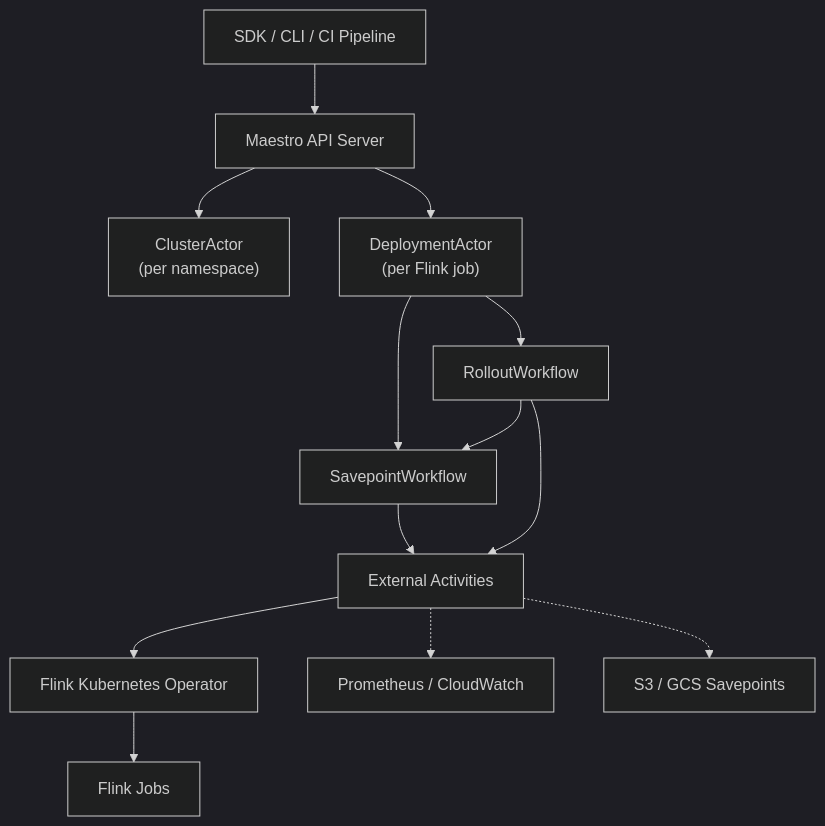
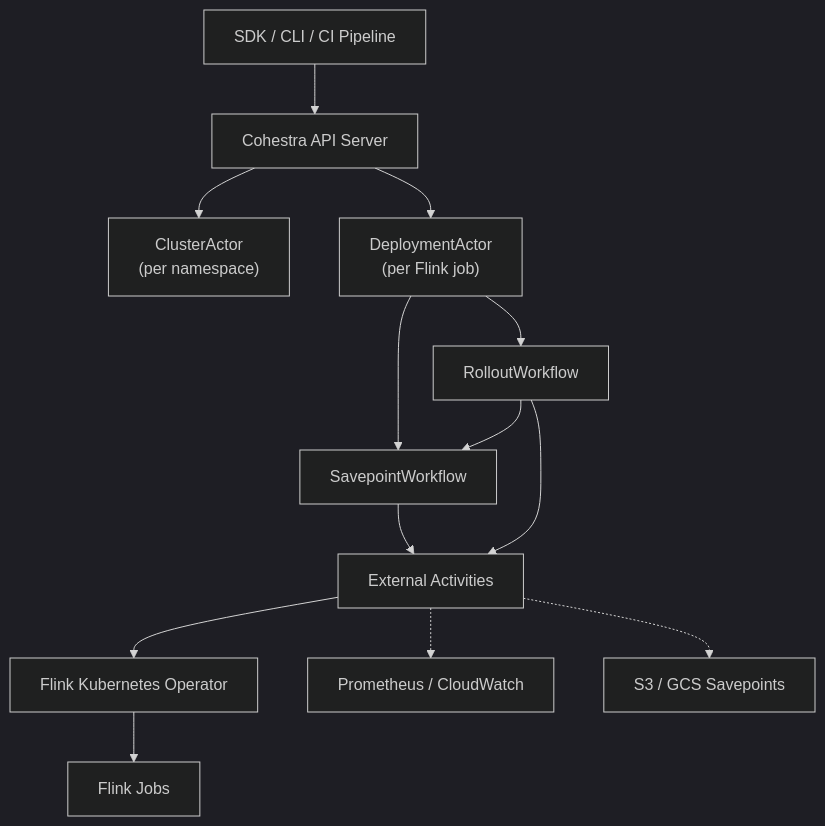
One commit to as791/Cohestra changed the diagram in README.md. Above: the diagram before and after it, drawn with Mermaid (dark theme). The commit also changed other lines of this file and 136 other files, not shown here.

````diff
--- a/README.md
+++ b/README.md
@@ -53,15 +53,15 @@
 ```mermaid
 flowchart TD
-    Client["SDK / CLI / CI Pipeline"] --> API["Maestro API Server"]
+    Client["SDK / CLI / CI Pipeline"] --> API["Cohestra API Server"]
     API --> Cluster["ClusterActor<br/>(per namespace)"]
     API --> Deployment["DeploymentActor<br/>(per Flink job)"]
     Deployment --> Savepoint["SavepointWorkflow"]
     Deployment --> Rollout["RolloutWorkflow"]
     Rollout --> Savepoint
     Rollout --> Activities["External Activities"]
     Savepoint --> Activities
     Activities --> K8s["Flink Kubernetes Operator"]
     K8s --> Flink["Flink Jobs"]
     Activities -.-> Metrics["Prometheus / CloudWatch"]
     Activities -.-> Storage["S3 / GCS Savepoints"]
 ```
````
